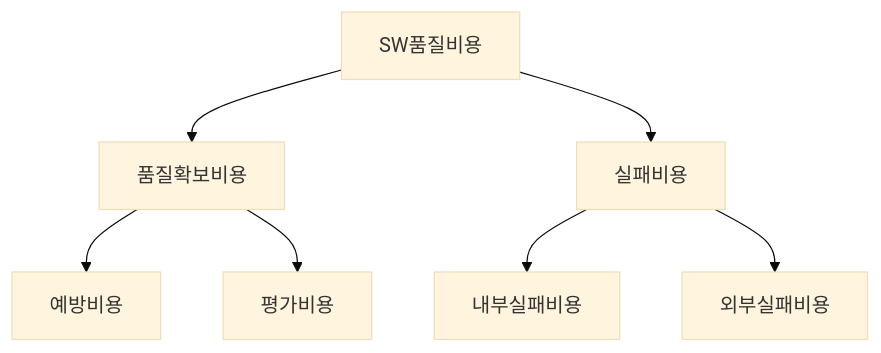
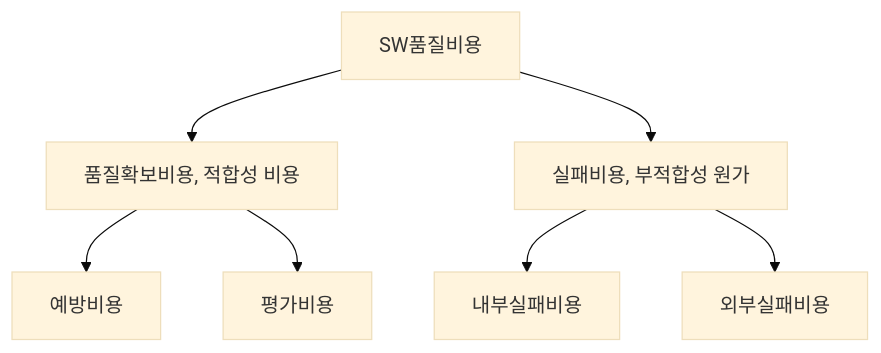
One commit to gracefullight/gracefullight.github.io changed the diagram in blog/pe/engineering/quality-cost.md. Above: the diagram before and after it, drawn with Mermaid (base theme). The commit also changed other lines of this file and 1 other file, not shown here.

````diff
--- a/blog/pe/engineering/quality-cost.md
+++ b/blog/pe/engineering/quality-cost.md
@@ -20,12 +21,12 @@
 ```mermaid
 graph TB
   SW품질비용
-  SW품질비용-->품질확보비용
-  SW품질비용-->실패비용
+  SW품질비용-->품질확보비용[품질확보비용, 적합성 비용]
+  SW품질비용-->실패비용[실패비용, 부적합성 원가]
 
   품질확보비용-->예방비용
   품질확보비용-->평가비용
 
   실패비용-->내부실패비용
   실패비용-->외부실패비용
 ```
````
